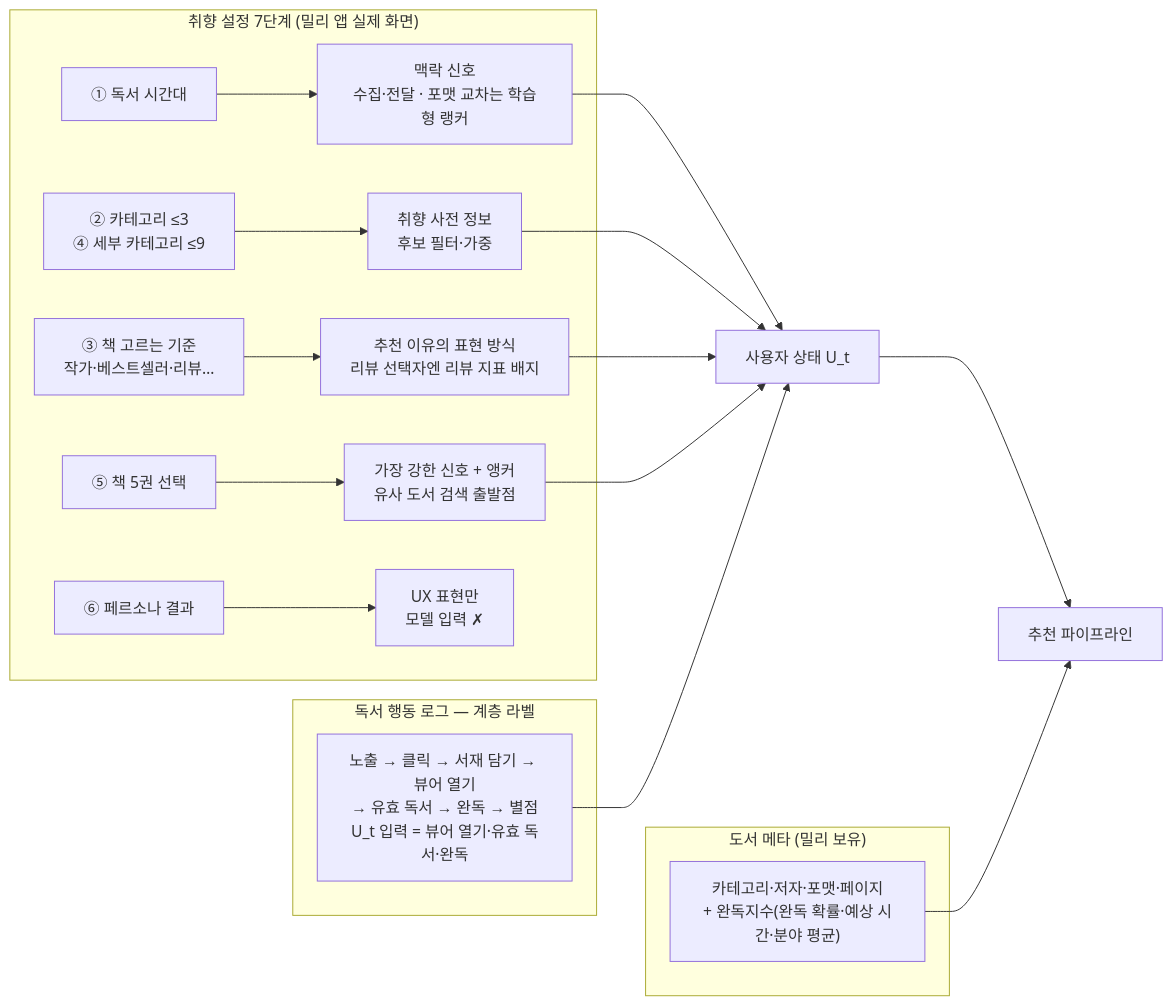
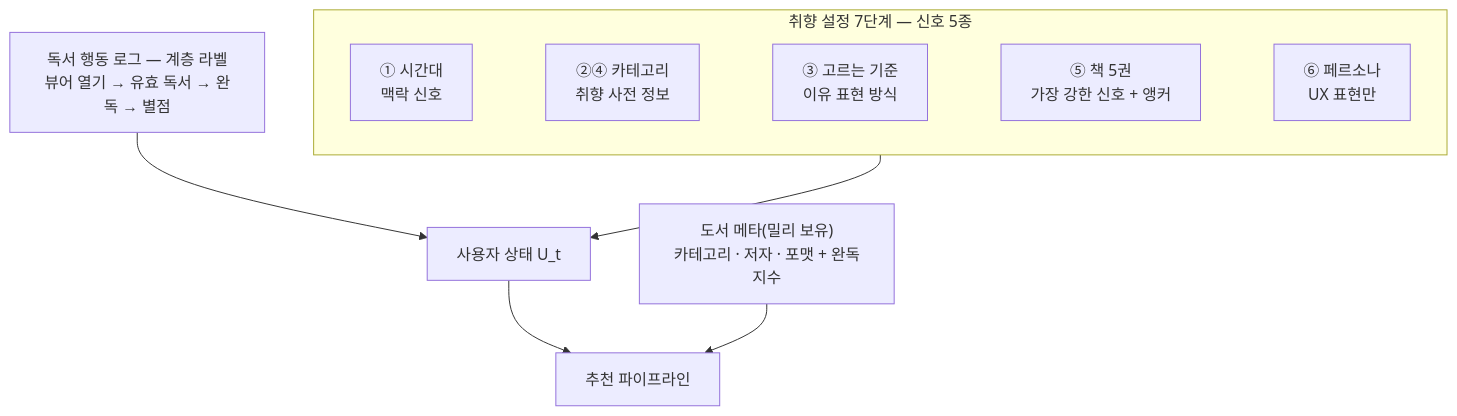
Before and after one commit to ShinWon-Chul/millie-rec: the first of 4 diagrams in report/draft.md, drawn with Mermaid. The commit also changed other lines of this file and 11 other files, not shown here.

````diff
--- a/report/draft.md
+++ b/report/draft.md
@@ -33,20 +41,12 @@
 ```mermaid
-flowchart LR
-    subgraph S["취향 설정 7단계 (밀리 앱 실제 화면)"]
-        A["① 독서 시간대"] --> A1["맥락 신호<br/>수집·전달 · 포맷 교차는 학습형 랭커"]
-        B["② 카테고리 ≤3<br/>④ 세부 카테고리 ≤9"] --> B1["취향 사전 정보<br/>후보 필터·가중"]
-        C["③ 책 고르는 기준<br/>작가·베스트셀러·리뷰…"] --> C1["추천 이유의 표현 방식<br/>리뷰 선택자엔 리뷰 지표 배지"]
-        D["⑤ 책 5권 선택"] --> D1["가장 강한 신호 + 앵커<br/>유사 도서 검색 출발점"]
-        E["⑥ 페르소나 결과"] --> E1["UX 표현만<br/>모델 입력 ✗"]
+flowchart TD
+    subgraph S["취향 설정 7단계 — 신호 5종"]
+        direction LR
+        A["① 시간대<br/>맥락 신호"] ~~~ B["②④ 카테고리<br/>취향 사전 정보"] ~~~ C["③ 고르는 기준<br/>이유 표현 방식"] ~~~ D["⑤ 책 5권<br/>가장 강한 신호 + 앵커"] ~~~ E["⑥ 페르소나<br/>UX 표현만"]
     end
-    subgraph L["독서 행동 로그 — 계층 라벨"]
-        F["노출 → 클릭 → 서재 담기 → 뷰어 열기<br/>→ 유효 독서 → 완독 → 별점<br/>U_t 입력 = 뷰어 열기·유효 독서·완독"]
-    end
-    subgraph M["도서 메타 (밀리 보유)"]
-        G["카테고리·저자·포맷·페이지<br/>+ 완독지수(완독 확률·예상 시간·분야 평균)"]
-    end
-    A1 & B1 & C1 & D1 --> U["사용자 상태 U_t"]
-    F --> U
-    U --> P["추천 파이프라인"]
+    L["독서 행동 로그 — 계층 라벨<br/>뷰어 열기 → 유효 독서 → 완독 → 별점"]
+    G["도서 메타(밀리 보유)<br/>카테고리 · 저자 · 포맷 + 완독지수"]
+    S --> U["사용자 상태 U_t"] --> P["추천 파이프라인"]
+    L --> U
     G --> P
 ```
````
